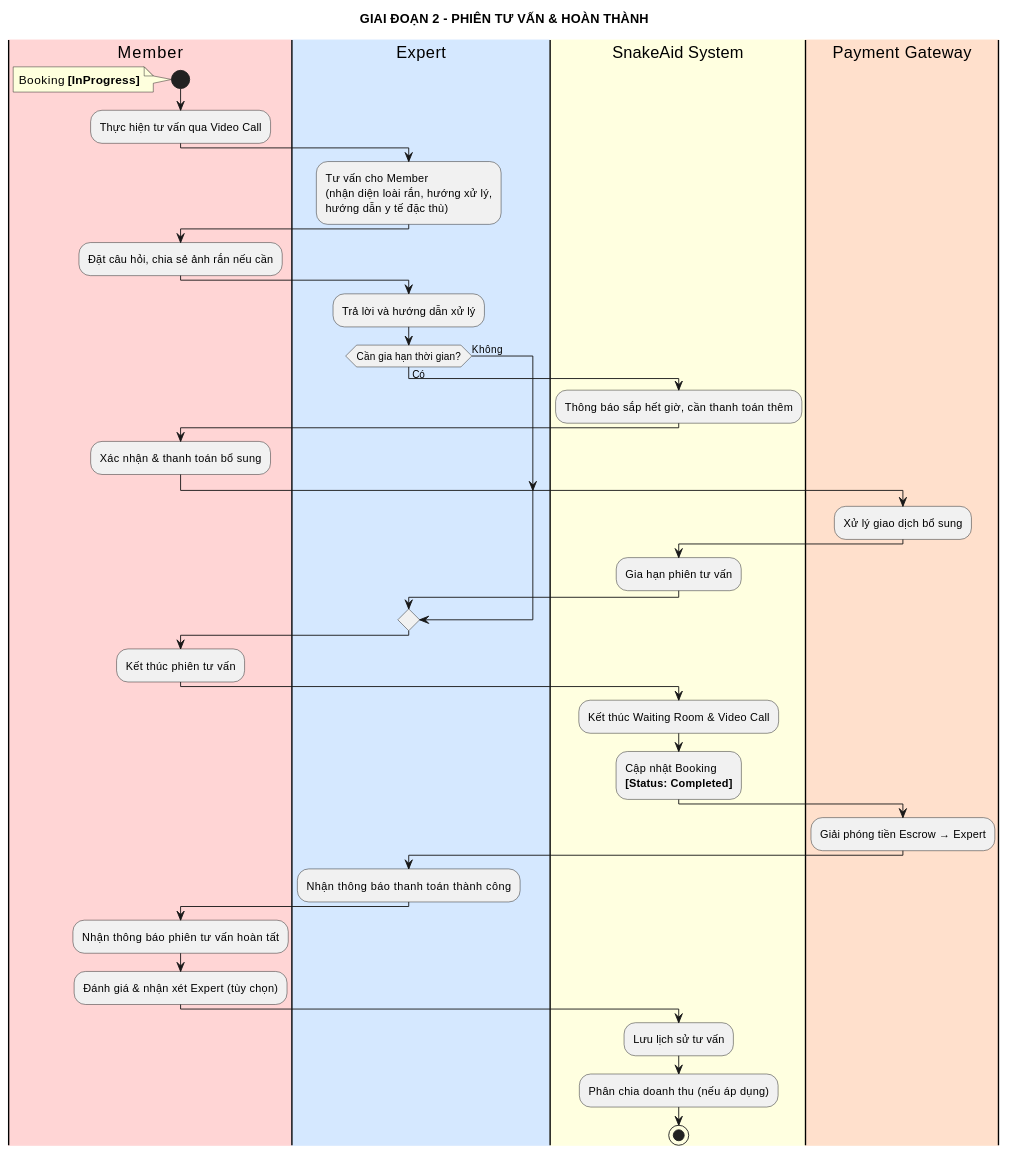
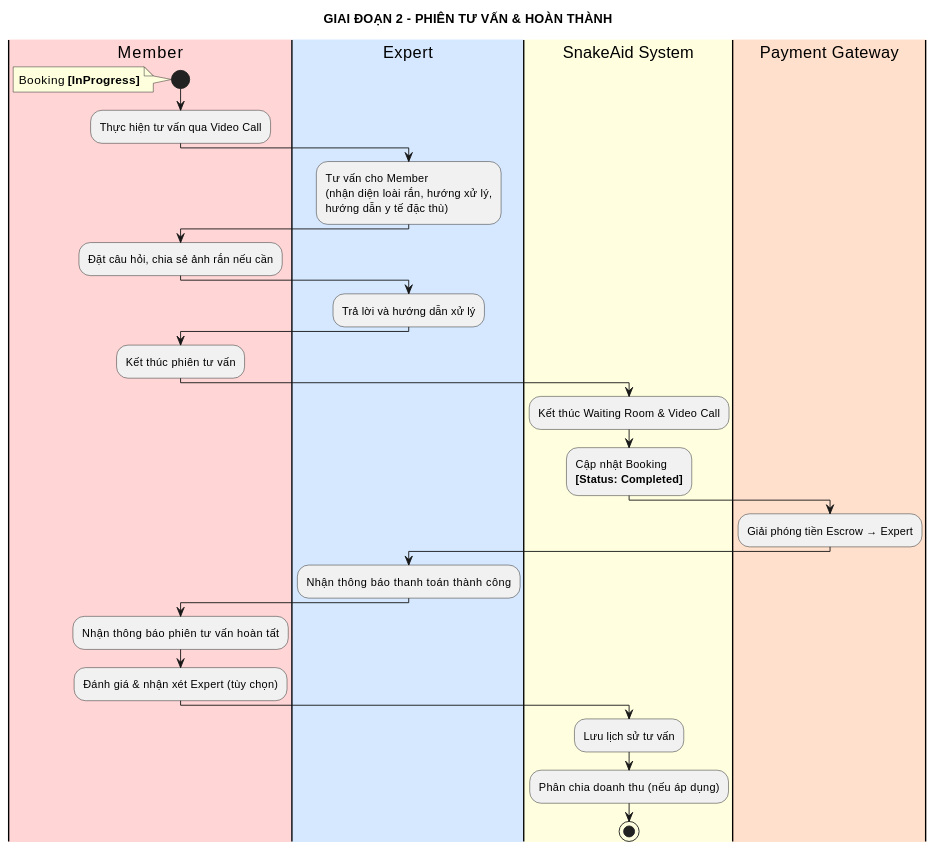
One commit to Snake-AID/SnakeAid.Mobile changed the fourth of 6 diagrams in docs/01-Requirements/Activity-Diagram/03-Activity-Consultation.md. Above: the diagram before and after it, drawn with PlantUML. The commit also changed other lines of this file and 1 other file, not shown here.

Commit message:
feat(docs): add System Test Modules documentation for comprehensive test coverage

````diff
--- a/docs/01-Requirements/Activity-Diagram/03-Activity-Consultation.md
+++ b/docs/01-Requirements/Activity-Diagram/03-Activity-Consultation.md
@@ -226,62 +226,50 @@
 ```plantuml
 @startuml Phase-2-Consultation-Session
 title GIAI ĐOẠN 2 - PHIÊN TƯ VẤN & HOÀN THÀNH
 
 |#FFD5D5|Member|
 |#D5E8FF|Expert|
 |#LightYellow|SnakeAid System|
 |#FFE0CC|Payment Gateway|
 
 |Member|
 start
 note left: Booking **[InProgress]**
 :Thực hiện tư vấn qua Video Call;
 
 |Expert|
 :Tư vấn cho Member
 (nhận diện loài rắn, hướng xử lý,
 hướng dẫn y tế đặc thù);
 
 |Member|
 :Đặt câu hỏi, chia sẻ ảnh rắn nếu cần;
 
 |Expert|
 :Trả lời và hướng dẫn xử lý;
-
-if (Cần gia hạn thời gian?) then (Có)
-  |SnakeAid System|
-  :Thông báo sắp hết giờ, cần thanh toán thêm;
-  |Member|
-  :Xác nhận & thanh toán bổ sung;
-  |Payment Gateway|
-  :Xử lý giao dịch bổ sung;
-  |SnakeAid System|
-  :Gia hạn phiên tư vấn;
-else (Không)
-endif
 
 |Member|
 :Kết thúc phiên tư vấn;
 
 |SnakeAid System|
 :Kết thúc Waiting Room & Video Call;
 :Cập nhật Booking
 **[Status: Completed]**;
 
 |Payment Gateway|
 :Giải phóng tiền Escrow → Expert;
 
 |Expert|
 :Nhận thông báo thanh toán thành công;
 
 |Member|
 :Nhận thông báo phiên tư vấn hoàn tất;
 :Đánh giá & nhận xét Expert (tùy chọn);
 
 |SnakeAid System|
 :Lưu lịch sử tư vấn;
 :Phân chia doanh thu (nếu áp dụng);
 
 stop
 @enduml
 ```
````
